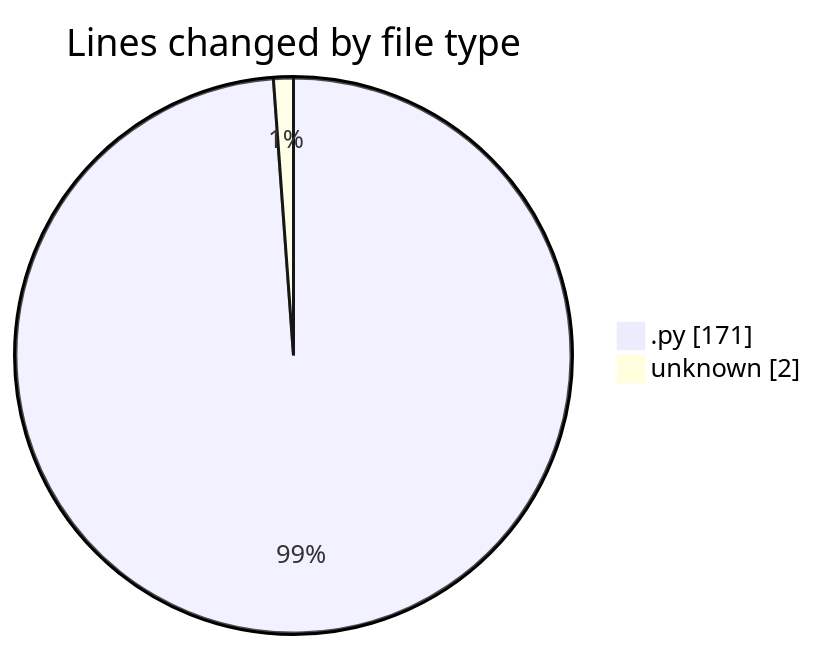
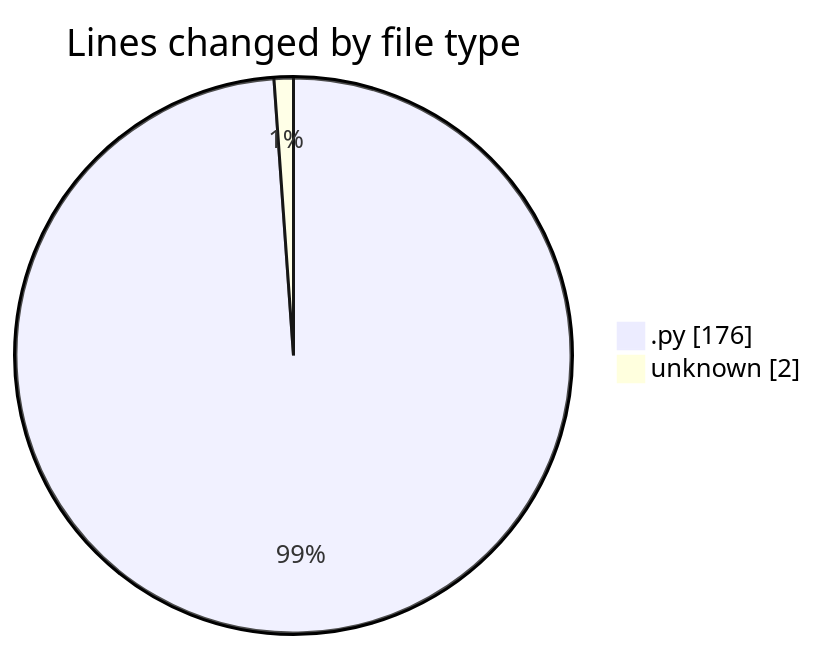
Before and after one commit to CELIANVF/code-tracking: the first of 2 diagrams in 2025-01-21/monteur_automatique/README.md, drawn with Mermaid. The commit also changed other lines of this file and 1 other file, not shown here.

````diff
--- a/2025-01-21/monteur_automatique/README.md
+++ b/2025-01-21/monteur_automatique/README.md
@@ -23,6 +23,6 @@
 ```mermaid
 pie showData
 title Lines changed by file type
-".py" : 171
+".py" : 176
 "unknown" : 2
 ```
````
